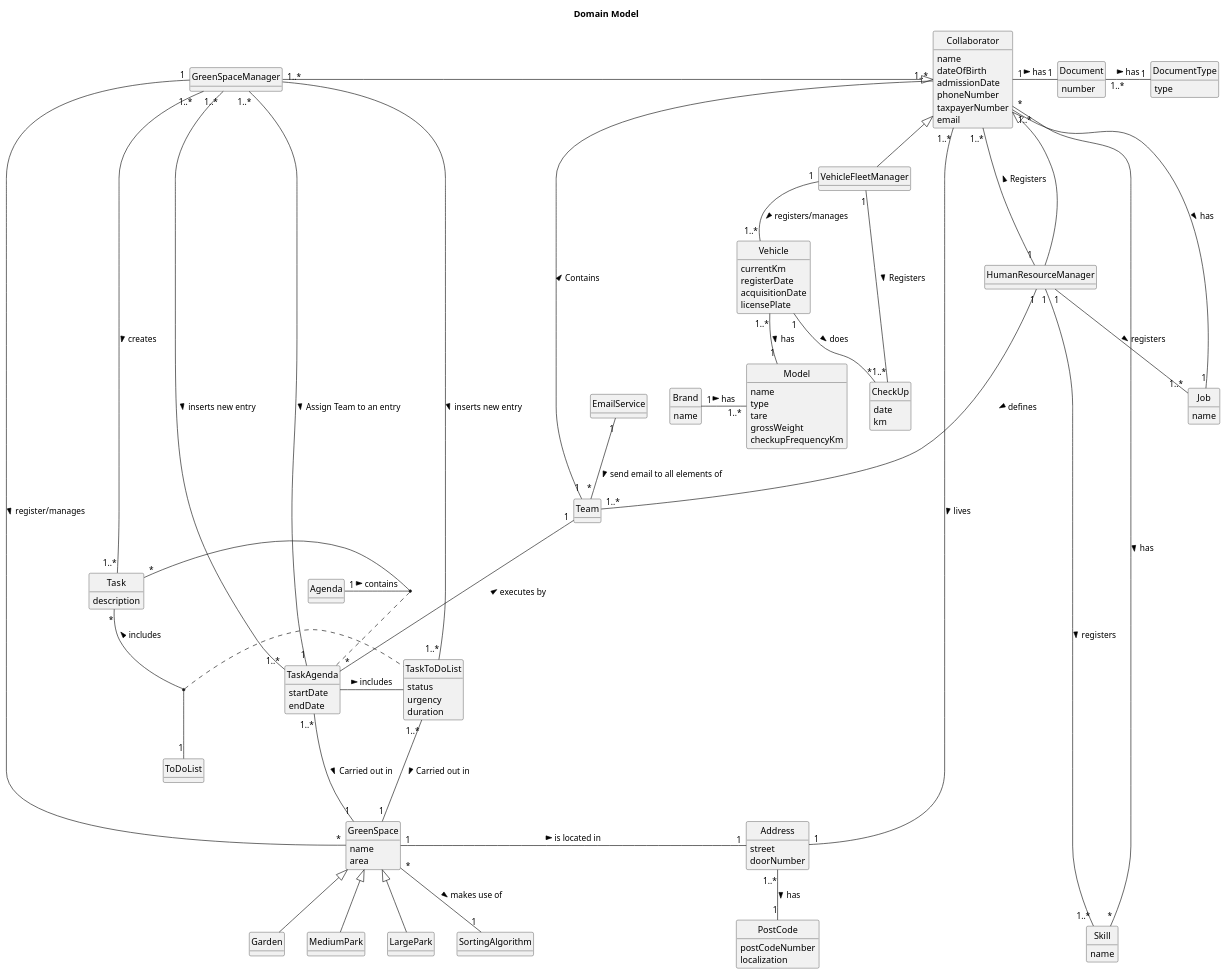
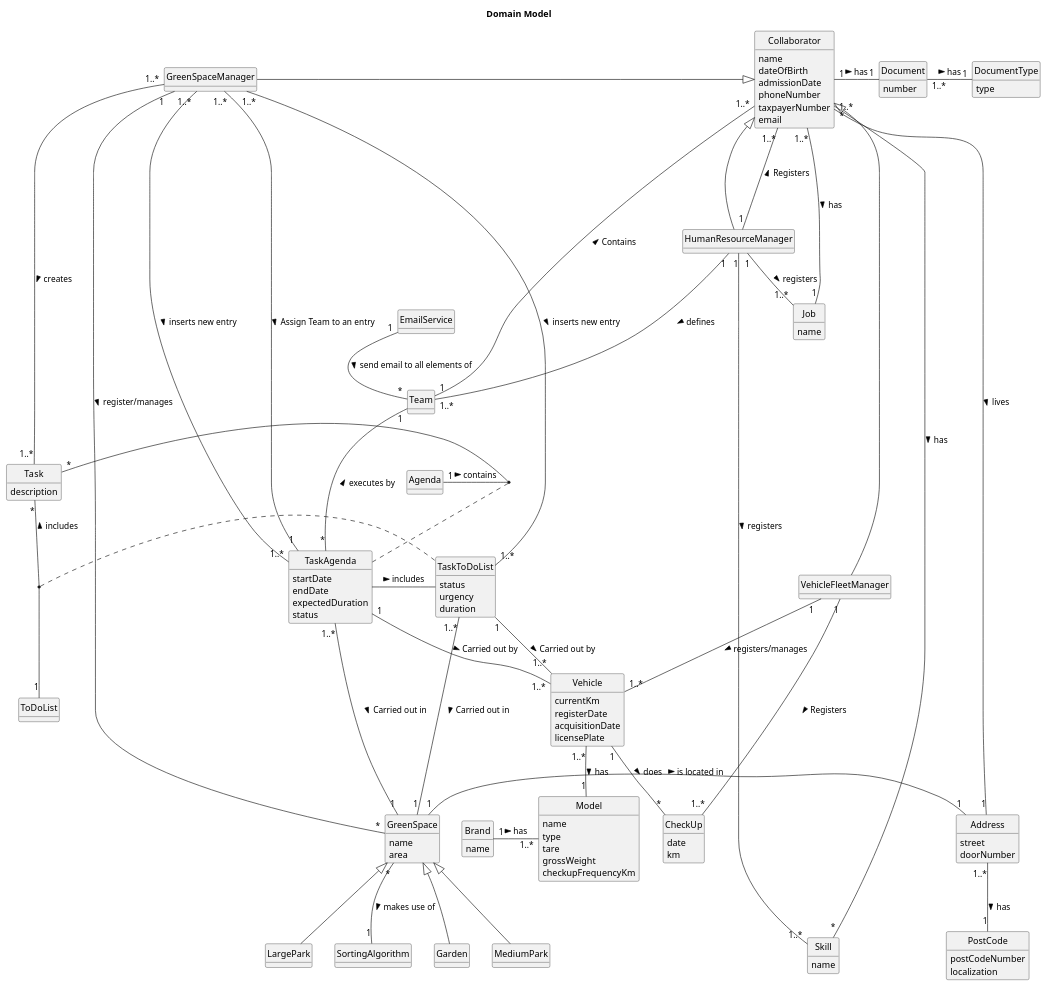
One commit to Departamento-de-Engenharia-Informatica/lei-24-s2-1db-g022 changed the diagram in docs/sprint3/global-artifacts/02.analysis/puml/partial-use-domain-model.puml. Above: the diagram before and after it, drawn with PlantUML. The commit also changed 7 other files, not shown here.

```diff
--- a/docs/sprint3/global-artifacts/02.analysis/puml/partial-use-domain-model.puml
+++ b/docs/sprint3/global-artifacts/02.analysis/puml/partial-use-domain-model.puml
@@ -1,177 +1,181 @@
 @startuml
 skinparam monochrome true
 skinparam packageStyle rectangle
 skinparam shadowing false
 skinparam classAttributeIconSize 0
 hide circle
 hide methods
 
 title Domain Model
 
 class Collaborator {
     name
     dateOfBirth
     admissionDate
     phoneNumber
     taxpayerNumber
     email
 }
 
 class Document{
     number
 }
 
 class DocumentType{
     type
 }
 
 class Address {
     street
     doorNumber
 }
 
 class PostCode{
     postCodeNumber
     localization
 }
 
 class VehicleFleetManager {
 }
 
 class HumanResourceManager {
 }
 
 class Brand {
      name
 }
 
 class Model {
      name
      type
      tare
      grossWeight
      checkupFrequencyKm
 }
 
 class Vehicle {
     currentKm
     registerDate
     acquisitionDate
     licensePlate
 }
 
 class Skill{
     name
 }
 
 class Job{
     name
 }
 class Team{
 }
 
 class CheckUp{
     date
     km
 }
 
 class GreenSpaceManager {
 }
 
 class GreenSpace {
     name
     area
 }
 
 class Garden {
 }
 
 class MediumPark {
 }
 
 class LargePark {
 }
 
 class ToDoList {
 }
 
 class TaskToDoList{
     status
     urgency
     duration
 }
 
 class TaskAgenda{
     startDate
     endDate
+    expectedDuration
+    status
 }
 
 class Task {
     description
 }
 
 class Agenda{
 }
 
 Address "1..*" -- "1" PostCode : has >
 
 Document "1..*" - "1" DocumentType : has >
 
 '-------------Collaborator-------------
 Collaborator "1" - "1" Document : has >
 Collaborator "1..*" --- "1" Job : has >
 Collaborator  <|--  HumanResourceManager
 Collaborator <|-- VehicleFleetManager
 GreenSpaceManager  -|>  Collaborator
 Address "1" - "1..*" Collaborator : lives <
 Skill "*" ---------- "*" Collaborator : has <
 Collaborator "1..*" ----- "1" Team : Contains <
 
 '-------------HumanResourceManager-------------
 HumanResourceManager "1" -- "1..*" Skill : registers >
 HumanResourceManager "1" -- "1..*" Job : registers >
 HumanResourceManager "1" --- "1..*" Collaborator : Registers >
 HumanResourceManager "1" -- "1..*" Team : defines >
 
 '-------------VehicleFleetManager-------------
 VehicleFleetManager "1" -- "1..*" Vehicle : registers/manages >
 VehicleFleetManager "1" -- "1..*" CheckUp : Registers >
 
 '-------------Brand-------------
 Brand "1" -  "1..*" Model : has >
 
 '-------------Vehicle-------------
 Vehicle "1..*" -- "1" Model : has >
 Vehicle "1" -- "*" CheckUp : does >
 
 '-------------GreenSpaceManager-------------
 GreenSpaceManager "1" - "*" GreenSpace : register/manages >
 GreenSpaceManager "1..*" -- "1..*" Task : creates >
 GreenSpaceManager "1..*" - "1..*" TaskToDoList : inserts new entry >
 GreenSpaceManager "1..*" - "1..*" TaskAgenda : inserts new entry >
 GreenSpaceManager "1..*" - "1" TaskAgenda : Assign Team to an entry >
 
 '-------------GreenSpace-------------
 GreenSpace "1" - "1" Address : is located in >
 GreenSpace <|-- Garden
 GreenSpace <|-- MediumPark
 GreenSpace <|-- LargePark
 GreenSpace "*" -- "1" SortingAlgorithm : makes use of >
 
 '-------------Task-------------
 TaskAgenda "1..*" --- "1" GreenSpace :  Carried out in  >
+TaskAgenda "1" -- "1..*" Vehicle : Carried out by >
 TaskToDoList "1..*" --- "1" GreenSpace :  Carried out in  >
+TaskToDoList "1" -- "1..*" Vehicle : Carried out by >
 
 Task "*" -- "1" ToDoList : includes <
 
 Team "1" --- "*" TaskAgenda : executes by <
 Agenda "1" - "*" Task : contains >
 
 EmailService "1" -- "*" Team :  send email to all elements of >
 
 
 (Task,ToDoList) .. TaskToDoList
 (Task,Agenda) .. TaskAgenda
 
 TaskAgenda - TaskToDoList : includes >
 @enduml
```
